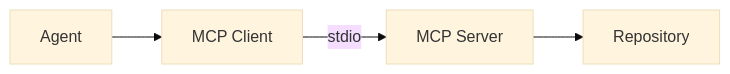
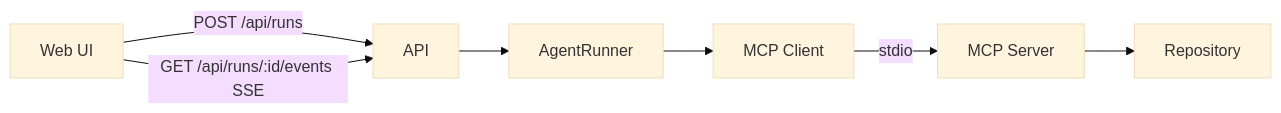
One commit to orpazavdaev/ai-agent-platform changed the diagram in docs/architecture.md. Above: the diagram before and after it, drawn with Mermaid (base theme). The commit also changed other lines of this file and 9 other files, not shown here.

````diff
--- a/docs/architecture.md
+++ b/docs/architecture.md
@@ -5,6 +5,9 @@
 ```mermaid
 flowchart LR
-  agent["Agent"] --> mcpClient["MCP Client"]
+  ui["Web UI"] -->|POST /api/runs| api["API"]
+  ui -->|GET /api/runs/:id/events SSE| api
+  api --> agent["AgentRunner"]
+  agent --> mcpClient["MCP Client"]
   mcpClient -->|stdio| mcpServer["MCP Server"]
   mcpServer --> repo["Repository"]
 ```
````
